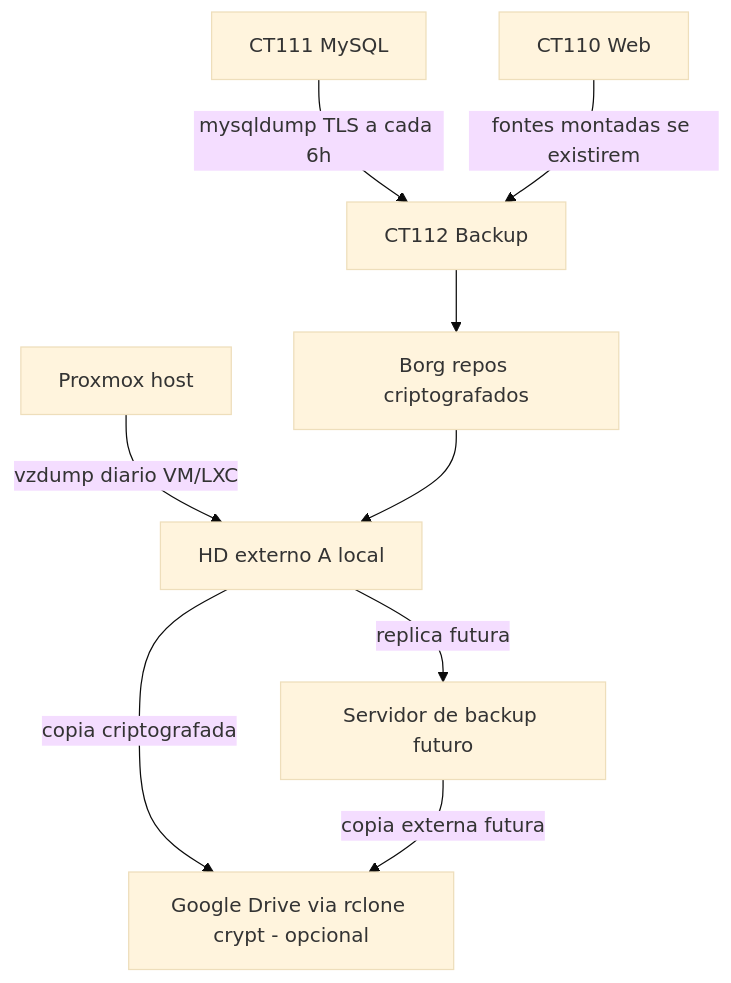
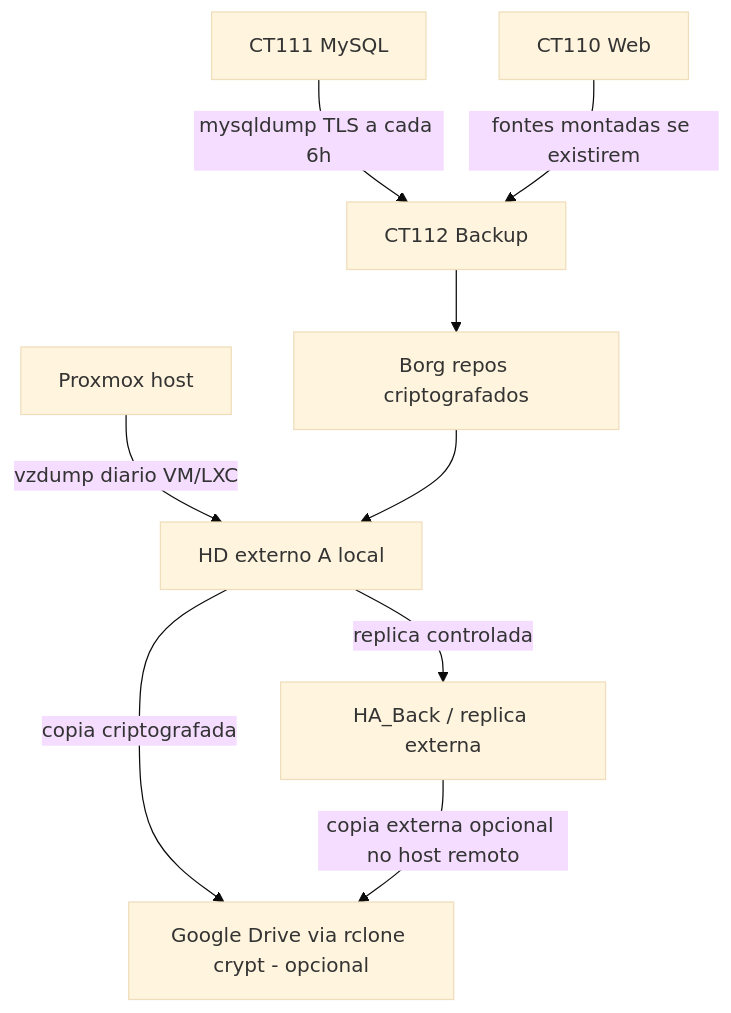
One commit to jagrom-max/Grom_Server changed the fifth of 6 diagrams in docs/18-DIAGRAMAS-E-MATRIZES.md. Above: the diagram before and after it, drawn with Mermaid (base theme). The commit also changed other lines of this file and 1 other file, not shown here.

Commit message:
Align architecture diagrams with HA_Back ownership

````diff
--- a/docs/18-DIAGRAMAS-E-MATRIZES.md
+++ b/docs/18-DIAGRAMAS-E-MATRIZES.md
@@ -117,20 +124,20 @@
 ```mermaid
 flowchart TD
     DB[CT111 MySQL]
     WEB[CT110 Web]
     PVE[Proxmox host]
     BAK[CT112 Backup]
     Borg[Borg repos criptografados]
     HD[HD externo A local]
-    Future[Servidor de backup futuro]
+    HAB[HA_Back / replica externa]
     Drive[Google Drive via rclone crypt - opcional]
 
     DB -->|mysqldump TLS a cada 6h| BAK
     WEB -->|fontes montadas se existirem| BAK
     PVE -->|vzdump diario VM/LXC| HD
     BAK --> Borg
     Borg --> HD
-    HD -->|replica futura| Future
+    HD -->|replica controlada| HAB
     HD -->|copia criptografada| Drive
-    Future -->|copia externa futura| Drive
+    HAB -->|copia externa opcional no host remoto| Drive
 ```
````
